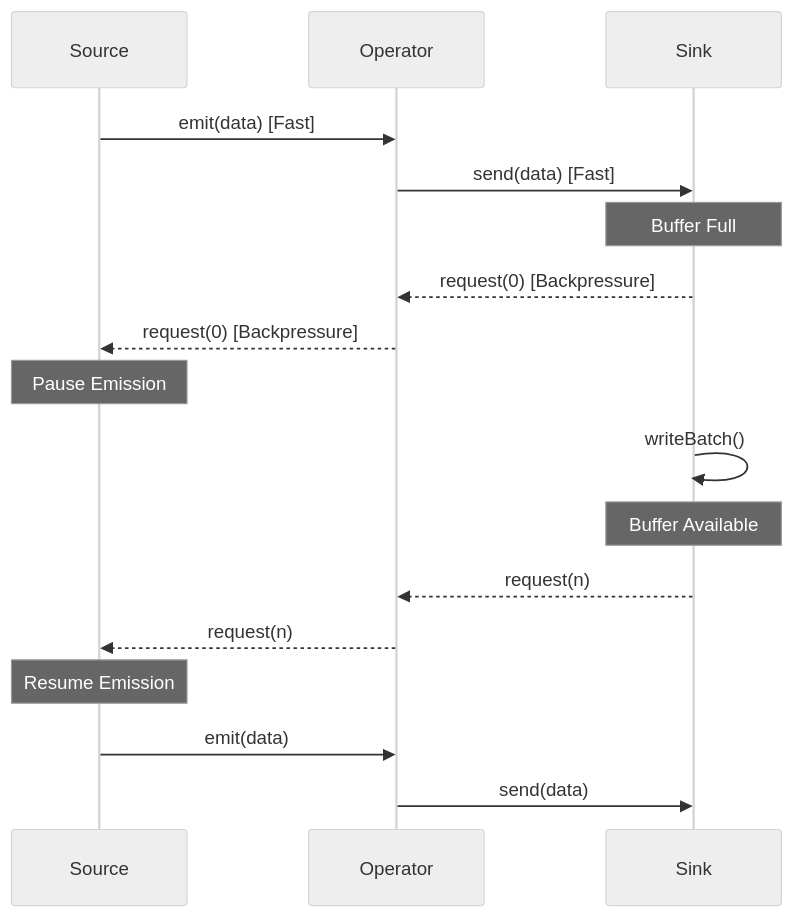
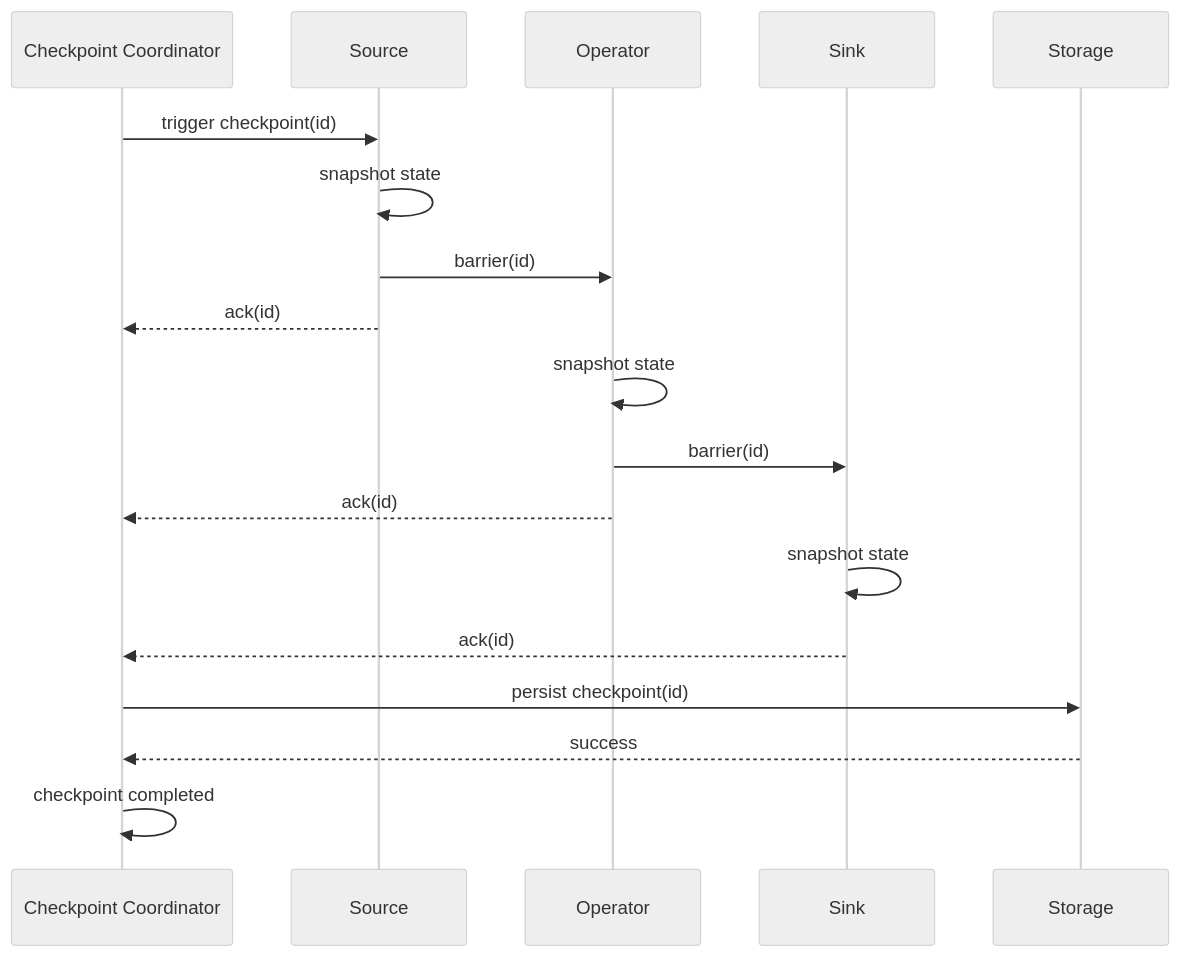
Before and after one commit to 312268112/advanced-java: diagram 19 of 24 in docs/reactive-etl-framework-design.md, drawn with Mermaid (neutral theme). The commit also changed other lines of this file, not shown here.

````diff
--- a/docs/reactive-etl-framework-design.md
+++ b/docs/reactive-etl-framework-design.md
@@ -736,28 +792,24 @@
 ```mermaid
 sequenceDiagram
+    participant Coordinator as Checkpoint Coordinator
     participant Source
     participant Operator
     participant Sink
+    participant Storage
     
-    Source->>Operator: emit(data) [Fast]
-    Operator->>Sink: send(data) [Fast]
+    Coordinator->>Source: trigger checkpoint(id)
+    Source->>Source: snapshot state
+    Source->>Operator: barrier(id)
+    Source-->>Coordinator: ack(id)
     
-    Note over Sink: Buffer Full
+    Operator->>Operator: snapshot state
+    Operator->>Sink: barrier(id)
+    Operator-->>Coordinator: ack(id)
     
-    Sink-->>Operator: request(0) [Backpressure]
-    Operator-->>Source: request(0) [Backpressure]
+    Sink->>Sink: snapshot state
+    Sink-->>Coordinator: ack(id)
     
-    Note over Source: Pause Emission
-    
-    Sink->>Sink: writeBatch()
-    
-    Note over Sink: Buffer Available
-    
-    Sink-->>Operator: request(n)
-    Operator-->>Source: request(n)
-    
-    Note over Source: Resume Emission
-    
-    Source->>Operator: emit(data)
-    Operator->>Sink: send(data)
+    Coordinator->>Storage: persist checkpoint(id)
+    Storage-->>Coordinator: success
+    Coordinator->>Coordinator: checkpoint completed
 ```
````
